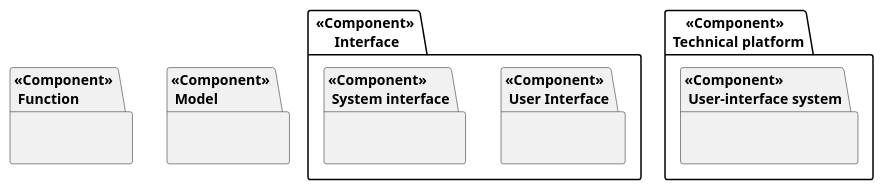
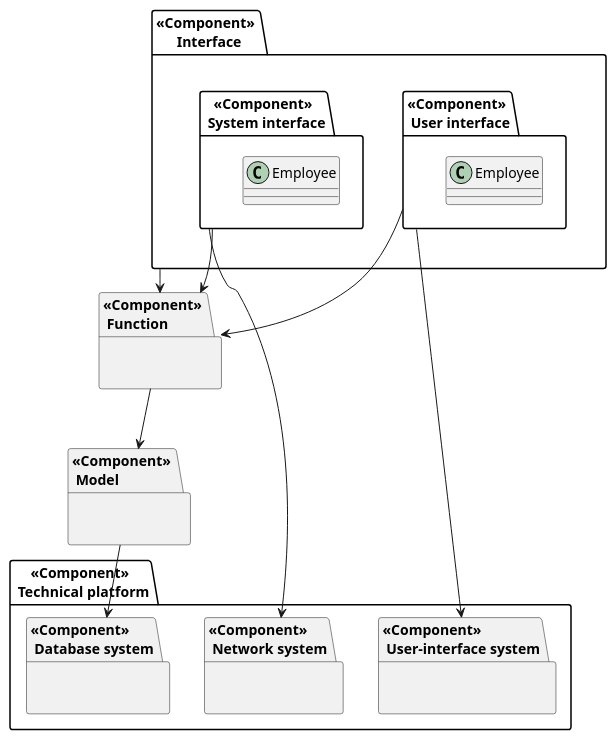
The diagram in uml/component_diagram.puml (cs-24-sw-3-01/p3), drawn with PlantUML before and after one commit.

Commit message:
added components as packages

```diff
--- a/uml/component_diagram.puml
+++ b/uml/component_diagram.puml
@@ -1,34 +1,59 @@
 @startuml component_diagram
 top to bottom direction
 
-package " <<Component>> \n Interface" {
-    package "<<Component>> \n User Interface"{
+package "<<Component>> \n Interface" {
+    package "<<Component>> \n System interface"{
+        class Employee {
+
+        }
 
     }
-    package "<<Component>> \n System interface"{
+    package "<<Component>> \n User interface"{
+        class Employee {
+
+        }
+
+    }
+
+}
+
+package "<<Component>> \n Function" {
+
+}
+package "<<Component>> \n Model" {
+
+}
+
+package "<<Component>> \n Technical platform"{
+    package "<<Component>> \n Database system"{
+
+    }
+    
+    package "<<Component>> \n User-interface system"{
+
+    }
+
+    package "<<Component>> \n Network system"{
 
     }
 
 
-}
-package "<<Component>> \n Function"{
-
-}
-package "<<Component>> \n Model"{
-
-}
-
-package "<<Component>> \n Technical platform"{
-    package "<<Component>> \n User-interface system"{
-
-    }
 
 
 }
 
+"<<Component>> \n Model" --> "<<Component>> \n Database system"
+"<<Component>> \n System interface" --> "<<Component>> \n Function"
+"<<Component>> \n System interface" --> "<<Component>> \n Network system"
+
+"<<Component>> \n User interface" --> "<<Component>> \n User-interface system"
+"<<Component>> \n User interface" --> "<<Component>> \n Function"
 
 
+"<<Component>> \n Interface" --> "<<Component>> \n Function"
+
+"<<Component>> \n Function" --> "<<Component>> \n Model"
 
 
 
 @enduml
```
